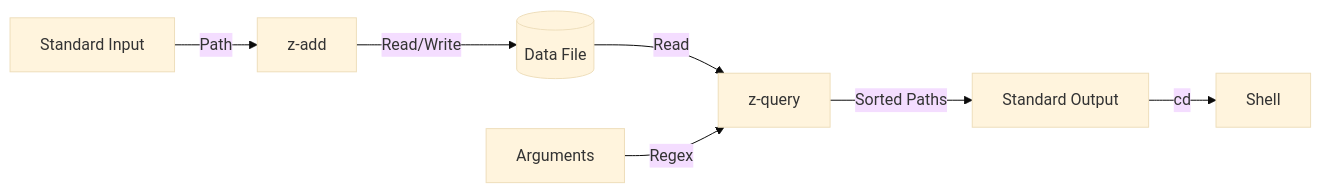
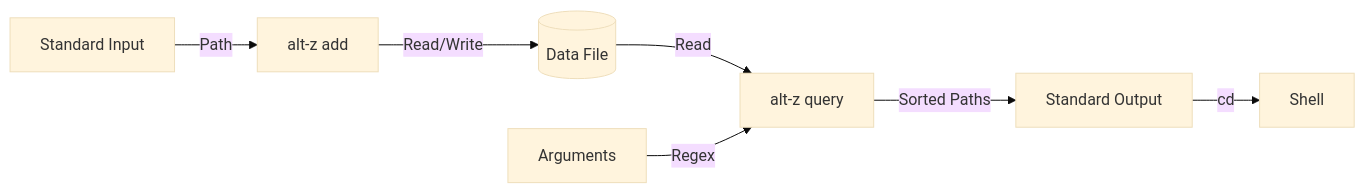
Before and after one commit to ymmtmdk/alt-z: the diagram in ARCHITECTURE_ja.md, drawn with Mermaid (base theme). The commit also changed other lines of this file and 9 other files, not shown here.

````diff
--- a/ARCHITECTURE_ja.md
+++ b/ARCHITECTURE_ja.md
@@ -60,11 +62,11 @@
 ```mermaid
 graph LR
-    Stdin[Standard Input] -->|Path| Add[z-add]
+    Stdin[Standard Input] -->|Path| Add[alt-z add]
     Add -->|Read/Write| DB[(Data File)]
     
-    DB -->|Read| Query[z-query]
+    DB -->|Read| Query[alt-z query]
     Args[Arguments] -->|Regex| Query
     Query -->|Sorted Paths| Stdout[Standard Output]
     
     Stdout -->|cd| Shell
 ```
````
